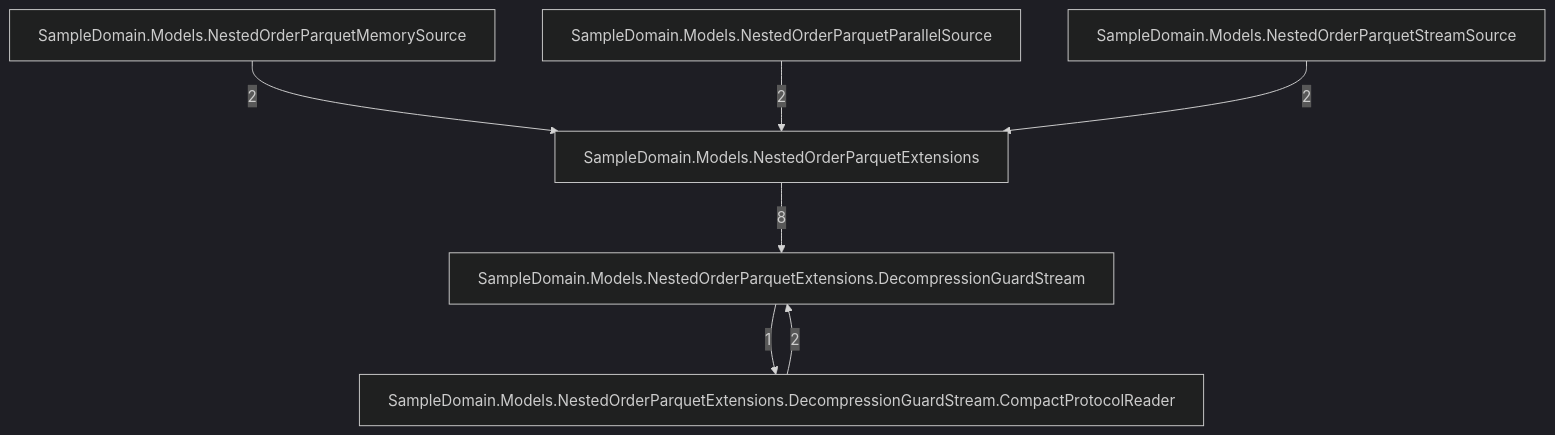
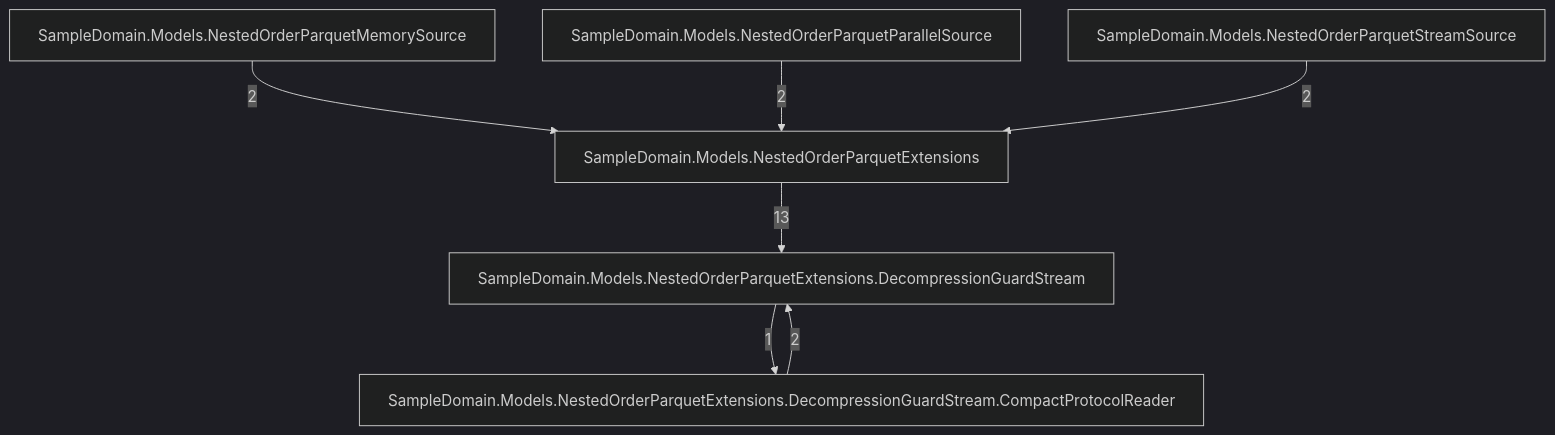
One commit to rtkelly13/Parquet.SourceGenerator changed the third of 7 diagrams in docs/callgraph-generated.md. Above: the diagram before and after it, drawn with Mermaid (dark theme). The commit also changed other lines of this file and 33 other files, not shown here.

````diff
--- a/docs/callgraph-generated.md
+++ b/docs/callgraph-generated.md
@@ -42,15 +42,15 @@
 ```mermaid
 graph TD
     tsampledomainmodelsnestedorderparquetextensions_048["SampleDomain.Models.NestedOrderParquetExtensions"]
     tsampledomainmodelsnestedorderparquetextensionsdecompressionguardstream_073["SampleDomain.Models.NestedOrderParquetExtensions.DecompressionGuardStream"]
     tsampledomainmodelsnestedorderparquetextensionsdecompressionguardstreamcompactprotocolreader_095["SampleDomain.Models.NestedOrderParquetExtensions.DecompressionGuardStream.CompactProtocolReader"]
     tsampledomainmodelsnestedorderparquetmemorysource_050["SampleDomain.Models.NestedOrderParquetMemorySource"]
     tsampledomainmodelsnestedorderparquetparallelsource_052["SampleDomain.Models.NestedOrderParquetParallelSource"]
     tsampledomainmodelsnestedorderparquetstreamsource_050["SampleDomain.Models.NestedOrderParquetStreamSource"]
     tsampledomainmodelsnestedorderparquetextensionsdecompressionguardstreamcompactprotocolreader_095 -->|2| tsampledomainmodelsnestedorderparquetextensionsdecompressionguardstream_073
     tsampledomainmodelsnestedorderparquetextensionsdecompressionguardstream_073 -->|1| tsampledomainmodelsnestedorderparquetextensionsdecompressionguardstreamcompactprotocolreader_095
-    tsampledomainmodelsnestedorderparquetextensions_048 -->|8| tsampledomainmodelsnestedorderparquetextensionsdecompressionguardstream_073
+    tsampledomainmodelsnestedorderparquetextensions_048 -->|13| tsampledomainmodelsnestedorderparquetextensionsdecompressionguardstream_073
     tsampledomainmodelsnestedorderparquetmemorysource_050 -->|2| tsampledomainmodelsnestedorderparquetextensions_048
     tsampledomainmodelsnestedorderparquetparallelsource_052 -->|2| tsampledomainmodelsnestedorderparquetextensions_048
     tsampledomainmodelsnestedorderparquetstreamsource_050 -->|2| tsampledomainmodelsnestedorderparquetextensions_048
 ```
````
